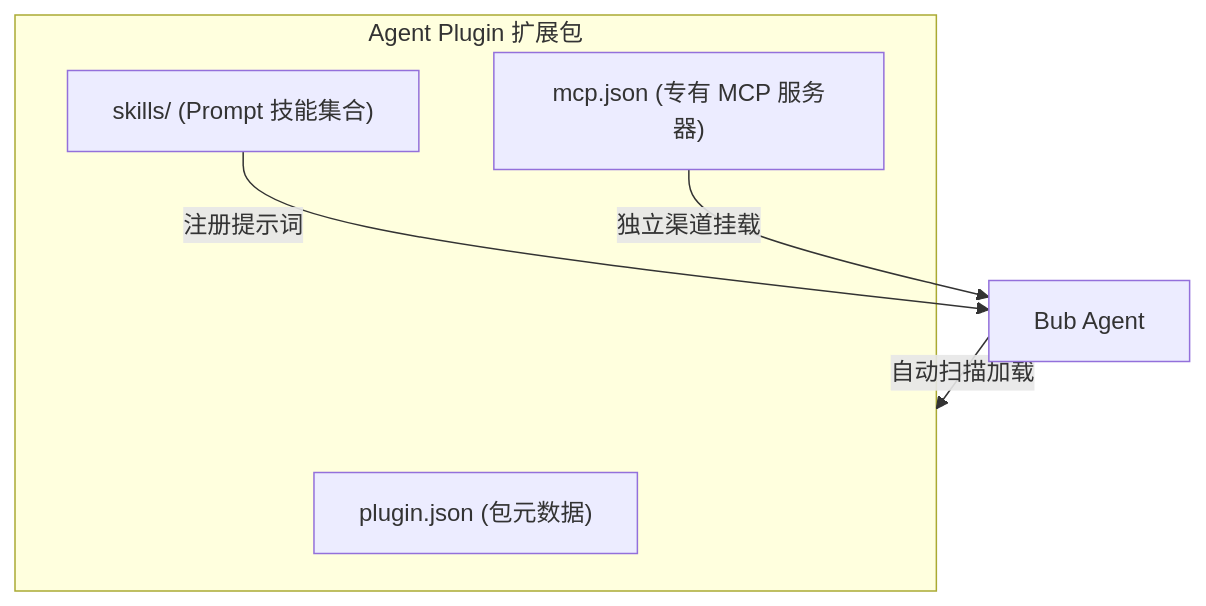
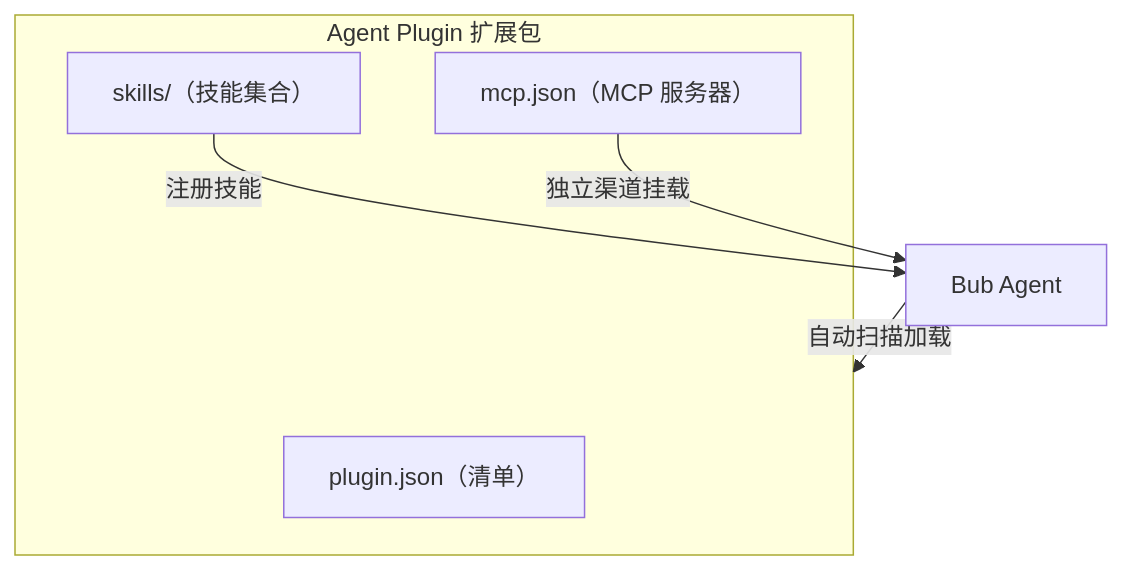
The diagram in website/src/content/docs/zh-cn/docs/integrations/agent-plugins.mdx (bubbuild/bub), drawn with Mermaid before and after one commit. The commit also changed other lines of this file and 74 other files, not shown here.

````diff
--- a/website/src/content/docs/zh-cn/docs/integrations/agent-plugins.mdx
+++ b/website/src/content/docs/zh-cn/docs/integrations/agent-plugins.mdx
@@ -12,13 +14,13 @@
 ```mermaid
 flowchart TD
     subgraph Plugin ["Agent Plugin 扩展包"]
-        PJ["plugin.json (包元数据)"]
-        SK["skills/ (Prompt 技能集合)"]
-        MC["mcp.json (专有 MCP 服务器)"]
+        PJ["plugin.json（清单）"]
+        SK["skills/（技能集合）"]
+        MC["mcp.json（MCP 服务器）"]
     end
 
     Bub["Bub Agent"]
     Bub -->|"自动扫描加载"| Plugin
-    SK -->|"注册提示词"| Bub
+    SK -->|"注册技能"| Bub
     MC -->|"独立渠道挂载"| Bub
 ```
````
